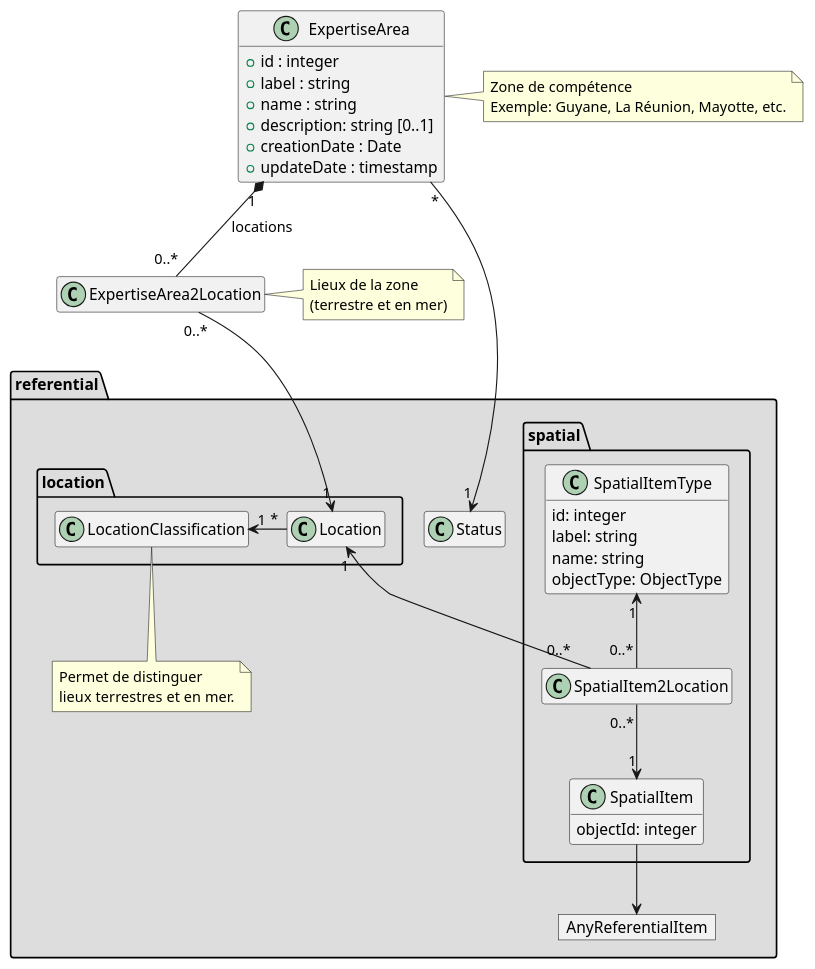
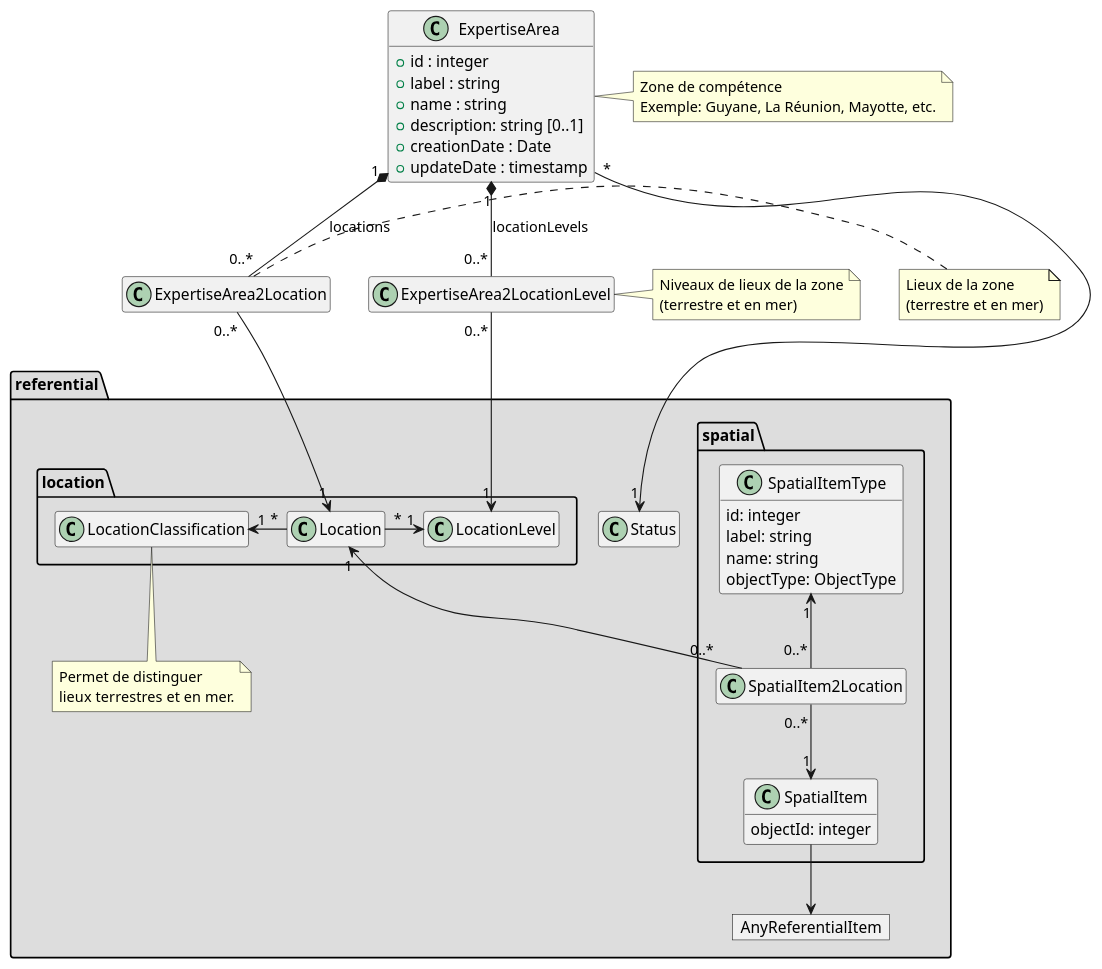
Before and after one commit to sumaris-net/sumaris-doc: the diagram in model/administration/expertise-area.puml, drawn with PlantUML. The commit also changed 1 other file, not shown here.

Commit message:
model: Add ExpertiseArea2LocationLevel

```diff
--- a/model/administration/expertise-area.puml
+++ b/model/administration/expertise-area.puml
@@ -1,64 +1,72 @@
 @startuml
 hide empty members
 
   class ExpertiseArea {
     + id : integer
     + label : string
     + name : string
     + description: string [0..1]
     + creationDate : Date
     + updateDate : timestamp
   }
 
   note right of ExpertiseArea: Zone de compétence\nExemple: Guyane, La Réunion, Mayotte, etc.
 
   class ExpertiseArea2Location
 
   note left: Lieux de la zone\n(terrestre et en mer)
 
+  class ExpertiseArea2LocationLevel
+
+  note right: Niveaux de lieux de la zone\n(terrestre et en mer)
+
   package referential #DDDDDD {
 
     class Status
 
     object AnyReferentialItem
 
     package location {
       class LocationClassification
       class Location
+      class LocationLevel
 
       LocationClassification "1" <-right- "*" Location
+      LocationLevel "1" <-left- "*" Location
 
     }
 
     note bottom of LocationClassification: Permet de distinguer\nlieux terrestres et en mer.
 
     package spatial {
       class SpatialItemType {
         id: integer
         label: string
         name: string
         objectType: ObjectType
       }
 
       class SpatialItem2Location
       class SpatialItem {
         objectId: integer
       }
 
 
       SpatialItem2Location "0..*" -up-> "1" SpatialItemType
       SpatialItem2Location "0..*" --> "1" SpatialItem
 
       SpatialItem --> AnyReferentialItem
     }
   }
 
   ExpertiseArea "*" --> "1" Status
   ExpertiseArea "1" *-- "0..*" ExpertiseArea2Location: locations
   ExpertiseArea2Location "0..*" --> "1" Location
+  ExpertiseArea "1" *-- "0..*" ExpertiseArea2LocationLevel: locationLevels
+  ExpertiseArea2LocationLevel "0..*" --> "1" LocationLevel
 
   SpatialItem2Location "0..*" -up-> "1" Location
 
 }
 
 @enduml
```
